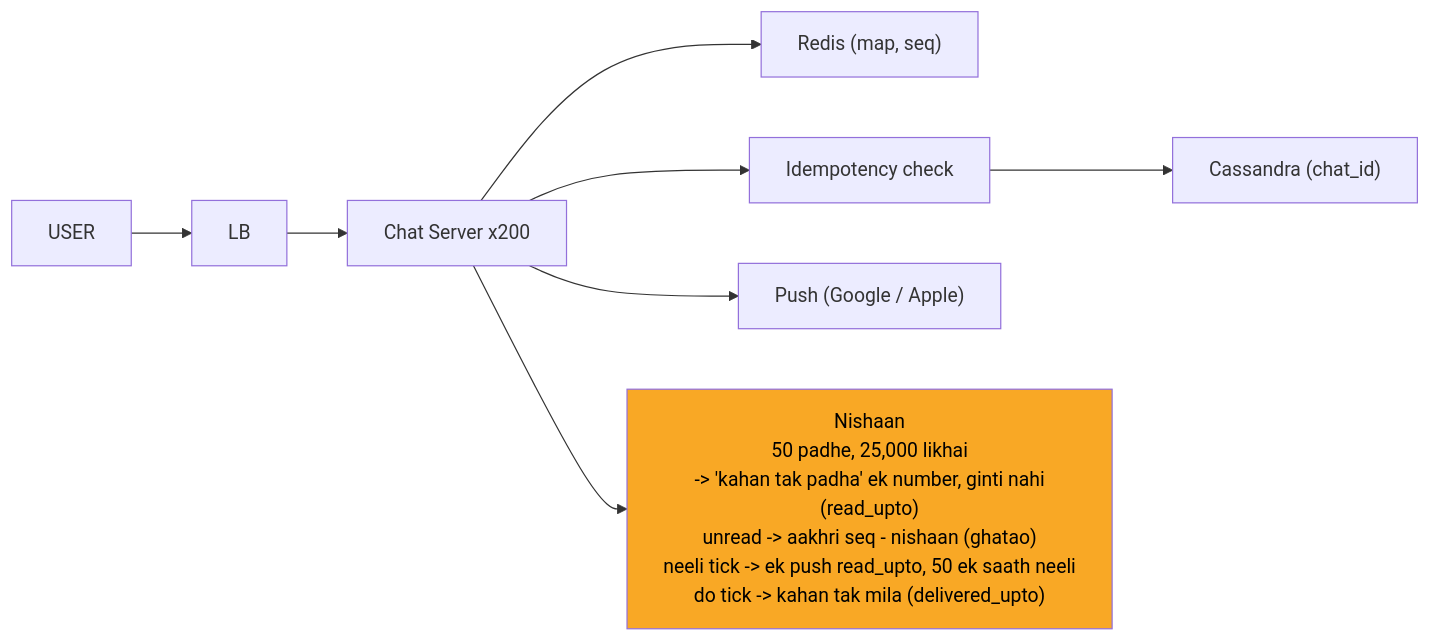
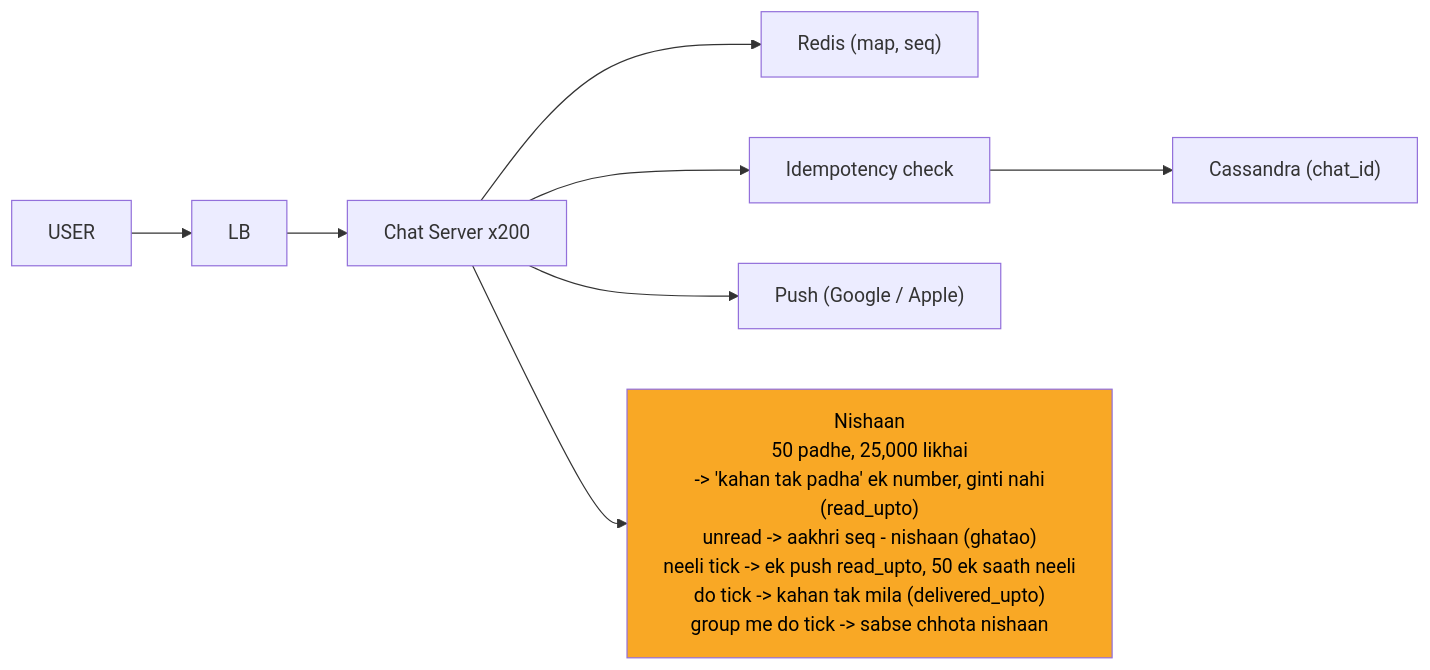
One commit to ArpanMaheshwari144/Prep changed the ninth of 12 diagrams in 04_HLD/SYSTEM_DESIGNS/14_chat_messaging/14_chat_messaging.md. Above: the diagram before and after it, drawn with Mermaid. The commit also changed 7 other files, not shown here.

````diff
--- a/04_HLD/SYSTEM_DESIGNS/14_chat_messaging/14_chat_messaging.md
+++ b/04_HLD/SYSTEM_DESIGNS/14_chat_messaging/14_chat_messaging.md
@@ -387,20 +387,20 @@
 ```mermaid
 %%{init: {"flowchart": {"wrappingWidth": 450}}}%%
 flowchart LR
     n_U["USER"]
     n_LB["LB"]
     n_CS["Chat Server x200"]
     n_R["Redis (map, seq)"]
     n_I["Idempotency check"]
     n_CA["Cassandra (chat_id)"]
     n_P["Push (Google / Apple)"]
-    n_NS["Nishaan<br/>50 padhe, 25,000 likhai<br/>-> 'kahan tak padha' ek number, ginti nahi<br/>(read_upto)<br/>unread -> aakhri seq - nishaan (ghatao)<br/>neeli tick -> ek push read_upto, 50 ek saath neeli<br/>do tick -> kahan tak mila (delivered_upto)"]
+    n_NS["Nishaan<br/>50 padhe, 25,000 likhai<br/>-> 'kahan tak padha' ek number, ginti nahi<br/>(read_upto)<br/>unread -> aakhri seq - nishaan (ghatao)<br/>neeli tick -> ek push read_upto, 50 ek saath neeli<br/>do tick -> kahan tak mila (delivered_upto)<br/>group me do tick -> sabse chhota nishaan"]
     n_U --> n_LB
     n_LB --> n_CS
     n_CS --> n_R
     n_CS --> n_I
     n_I --> n_CA
     n_CS --> n_P
     n_CS --> n_NS
     style n_NS fill:#f9a825,color:#000
 ```
````
